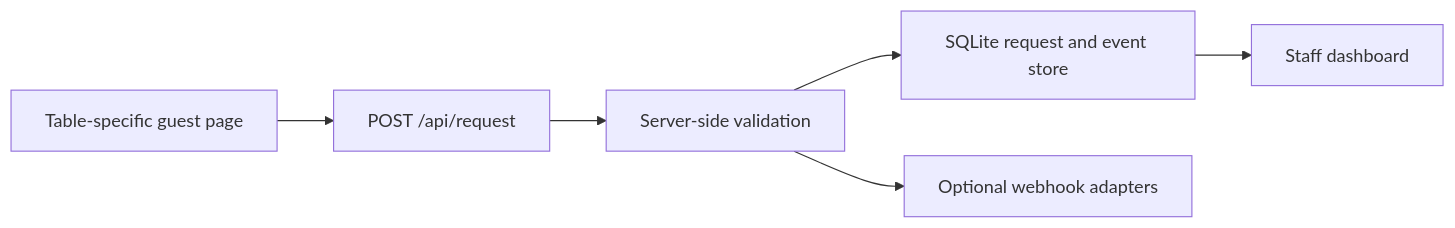
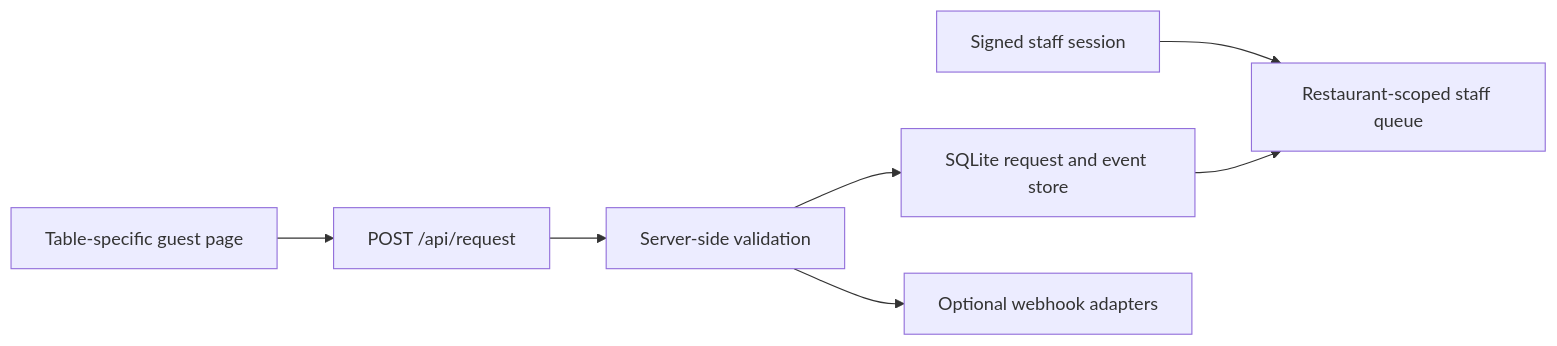
Before and after one commit to Zach-Fogle/TableTap-MVP: the diagram in README.md, drawn with Mermaid. The commit also changed other lines of this file and 7 other files, not shown here.

````diff
--- a/README.md
+++ b/README.md
@@ -42,8 +42,9 @@
 ```mermaid
 flowchart LR
   Guest[Table-specific guest page] --> API[POST /api/request]
   API --> Validation[Server-side validation]
   Validation --> Store[SQLite request and event store]
-  Store --> Staff[Staff dashboard]
+  Login[Signed staff session] --> Staff[Restaurant-scoped staff queue]
+  Store --> Staff
   Validation --> Hooks[Optional webhook adapters]
 ```
````
